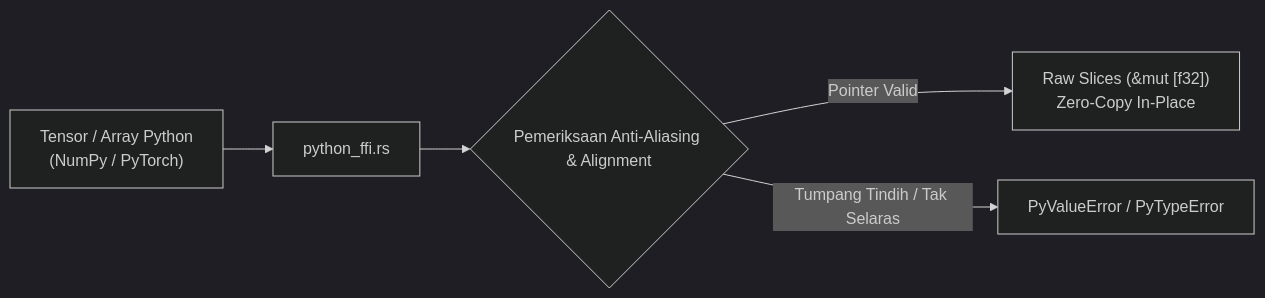
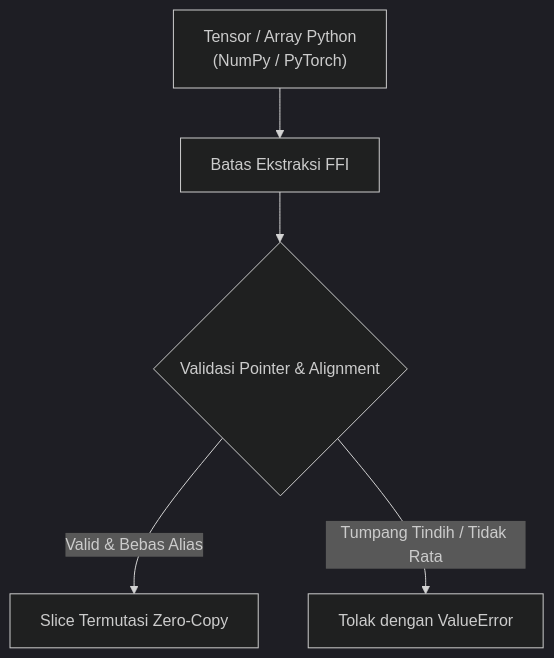
Before and after one commit to cloverx-id/luminamoon: the diagram in docs/optimize/python_ffi/README.id.md, drawn with Mermaid (dark theme). The commit also changed 33 other files, not shown here.

Commit message:
change diagram style

````diff
--- a/docs/optimize/python_ffi/README.id.md
+++ b/docs/optimize/python_ffi/README.id.md
@@ -15,7 +15,7 @@
 ```mermaid
-flowchart LR
-    PythonTensor["Tensor / Array Python\n(NumPy / PyTorch)"] --> FFI["python_ffi.rs"]
-    FFI --> AntiAlias{"Pemeriksaan Anti-Aliasing & Alignment"}
-    AntiAlias -->|"Pointer Valid"| RustSlice["Raw Slices (&mut [f32])\nZero-Copy In-Place"]
-    AntiAlias -->|"Tumpang Tindih / Tak Selaras"| Error["PyValueError / PyTypeError"]
+flowchart TD
+    Input["Tensor / Array Python\n(NumPy / PyTorch)"] --> FFI["Batas Ekstraksi FFI"]
+    FFI --> Validation{"Validasi Pointer & Alignment"}
+    Validation -->|"Valid & Bebas Alias"| RustSlice["Slice Termutasi Zero-Copy"]
+    Validation -->|"Tumpang Tindih / Tidak Rata"| Error["Tolak dengan ValueError"]
 ```
````
